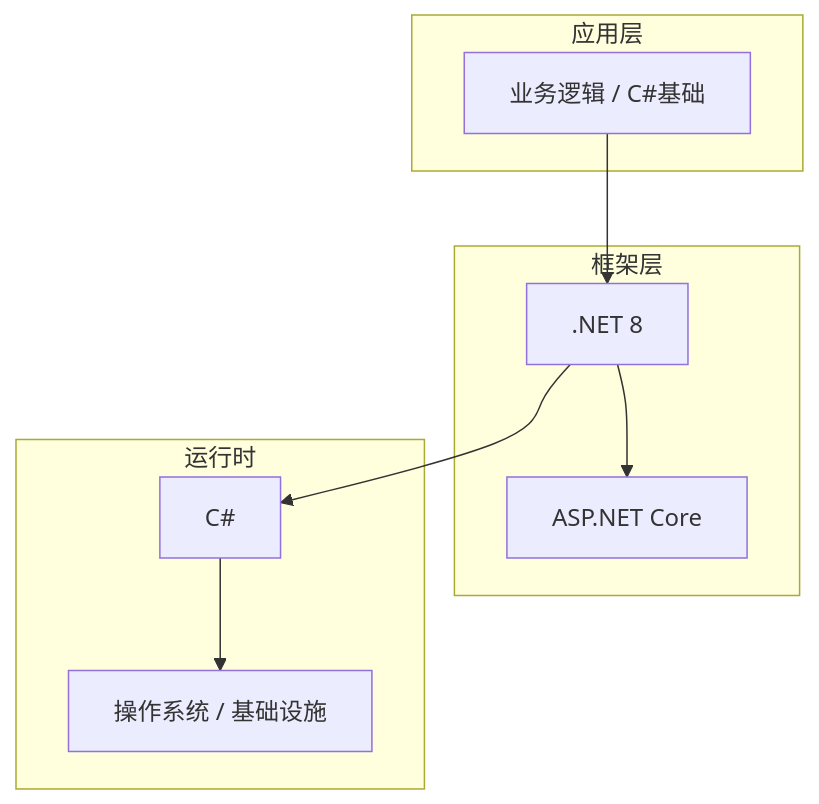
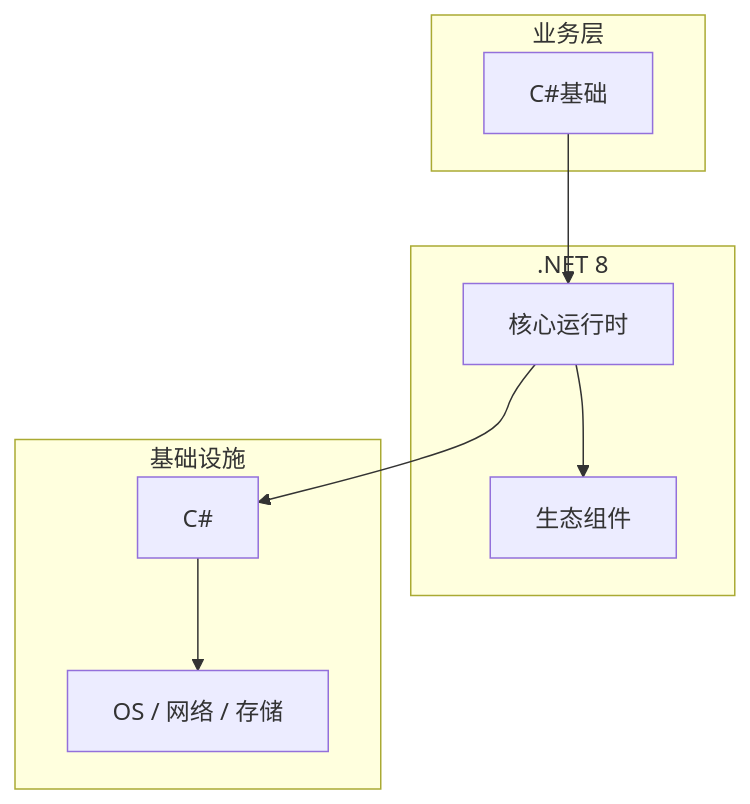
Before and after one commit to yanggan2015/knowledge-json-v2: the diagram in articles/C#/chapters/001-C#基础核心概念与原理.md, drawn with Mermaid. The commit also changed other lines of this file and 10127 other files, not shown here.

````diff
--- a/articles/C#/chapters/001-C#基础核心概念与原理.md
+++ b/articles/C#/chapters/001-C#基础核心概念与原理.md
@@ -45,18 +34,18 @@
 ```mermaid
 graph TB
-    subgraph 应用层
-        A[业务逻辑 / C#基础]
+    subgraph 业务层
+        A[C#基础]
     end
-    subgraph 框架层
-        B[.NET 8]
-        C[ASP.NET Core]
+    subgraph .NET 8
+        B[核心运行时]
+        C[生态组件]
     end
-    subgraph 运行时
+    subgraph 基础设施
         D[C#]
-        E[操作系统 / 基础设施]
+        E[OS / 网络 / 存储]
     end
     A --> B
     B --> C
     B --> D
     D --> E
 ```
````
